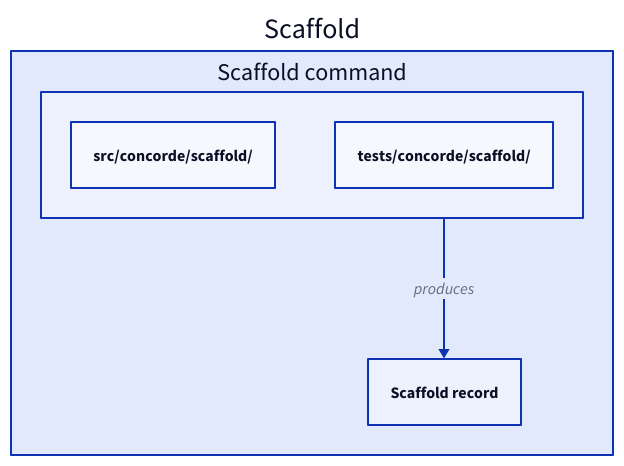
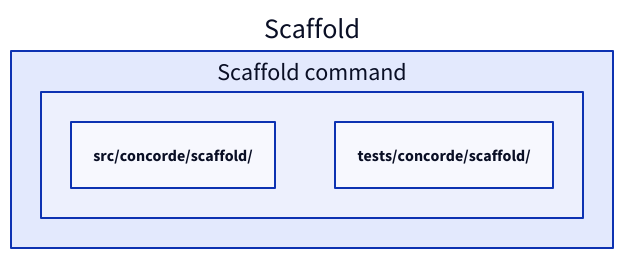
The diagram in specs/concorde/execution/commands/scaffold/module.md (FTOD/concorde), drawn with D2 before and after one commit. The commit also changed other lines of this file and 66 other files, not shown here.

````diff
--- a/specs/concorde/execution/commands/scaffold/module.md
+++ b/specs/concorde/execution/commands/scaffold/module.md
@@ -112,10 +110,8 @@
 ```d2
 scaffold: Scaffold {
   command: Scaffold command {
     "src/concorde/scaffold/"
     "tests/concorde/scaffold/"
   }
-  record: Scaffold record
-  command -> record: produces
 }
 ```
````
